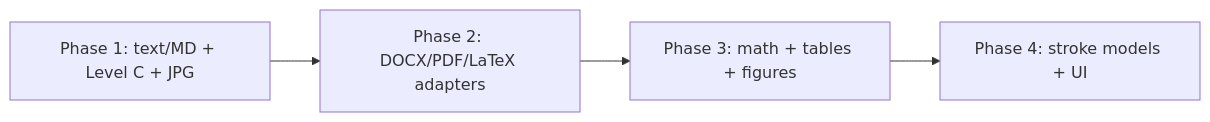
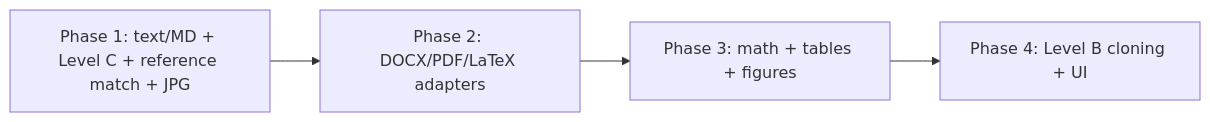
One commit to samirunuwanaka/Doc-Handwritten-Gen changed the fourth of 4 diagrams in README.md. Above: the diagram before and after it, drawn with Mermaid. The commit also changed other lines of this file and 11 other files, not shown here.

````diff
--- a/README.md
+++ b/README.md
@@ -167,6 +183,6 @@
 ```mermaid
 flowchart LR
-  P1[Phase 1: text/MD + Level C + JPG] --> P2[Phase 2: DOCX/PDF/LaTeX adapters]
+  P1[Phase 1: text/MD + Level C + reference match + JPG] --> P2[Phase 2: DOCX/PDF/LaTeX adapters]
   P2 --> P3[Phase 3: math + tables + figures]
-  P3 --> P4[Phase 4: stroke models + UI]
+  P3 --> P4[Phase 4: Level B cloning + UI]
 ```
````
